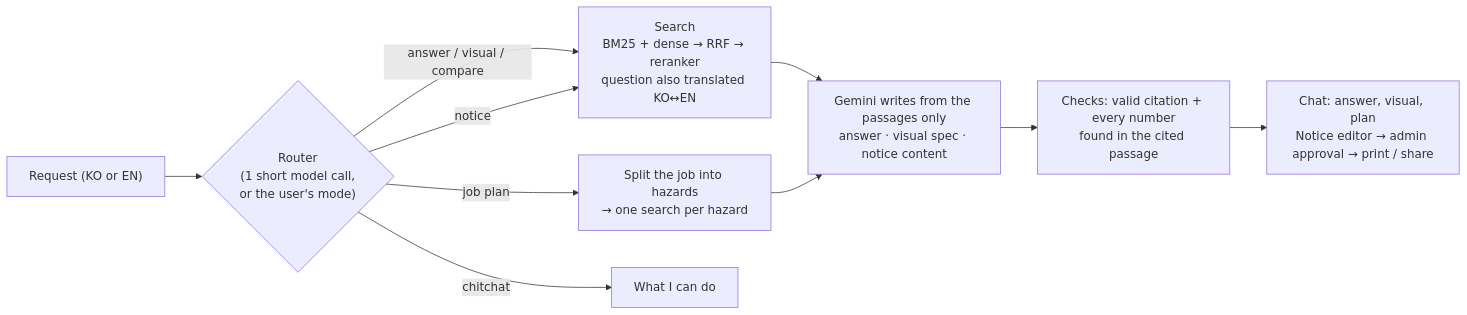
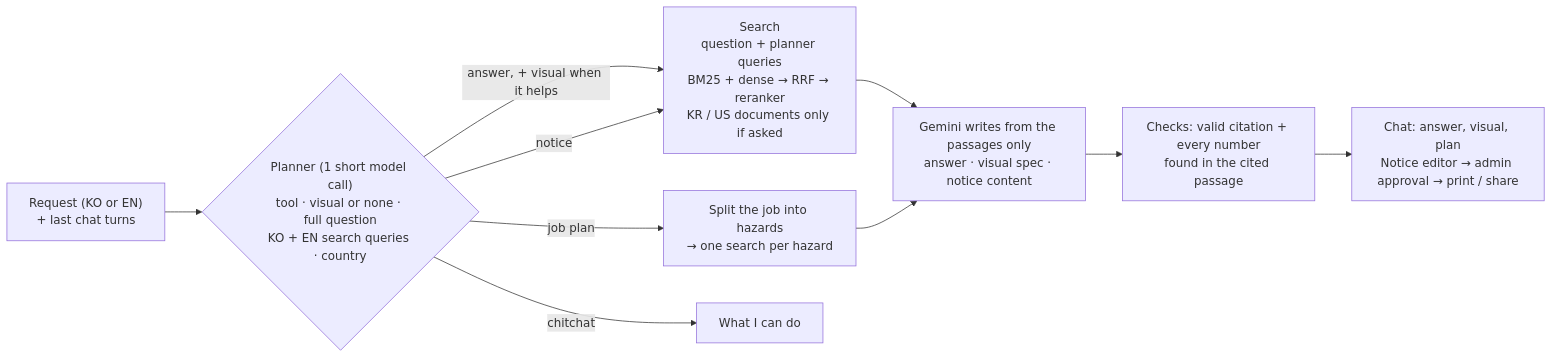
The diagram in README.md (AlexL71/plant-safety-rag), drawn with Mermaid before and after one commit. The commit also changed other lines of this file and 42 other files, not shown here.

First line of the commit message:
Planner: one call decides tool, visual, search words and country; no chat modes; short landing page

````diff
--- a/README.md
+++ b/README.md
@@ -81,12 +104,12 @@
 ```mermaid
 flowchart LR
-    U["Request (KO or EN)"] --> R{"Router<br/>(1 short model call,<br/>or the user's mode)"}
-    R -->|answer / visual / compare| S["Search<br/>BM25 + dense → RRF → reranker<br/>question also translated KO↔EN"]
+    U["Request (KO or EN)<br/>+ last chat turns"] --> R{"Planner (1 short model call)<br/>tool · visual or none · full question<br/>KO + EN search queries · country"}
+    R -->|answer, + visual when it helps| S["Search<br/>question + planner queries<br/>BM25 + dense → RRF → reranker<br/>KR / US documents only if asked"]
     R -->|job plan| H["Split the job into hazards<br/>→ one search per hazard"]
     R -->|notice| S
     R -->|chitchat| C["What I can do"]
     S --> G["Gemini writes from the passages only<br/>answer · visual spec · notice content"]
     H --> G
     G --> K["Checks: valid citation + every number<br/>found in the cited passage"]
     K --> O["Chat: answer, visual, plan<br/>Notice editor → admin approval → print / share"]
 ```
````
